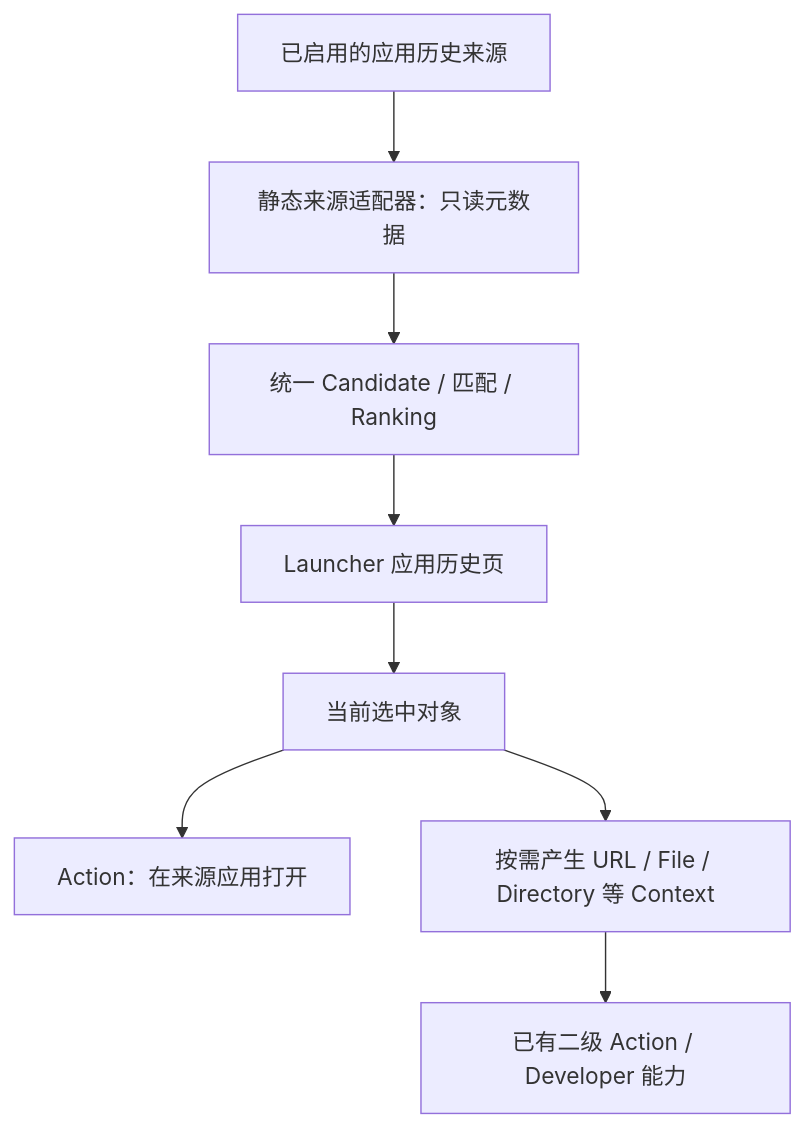
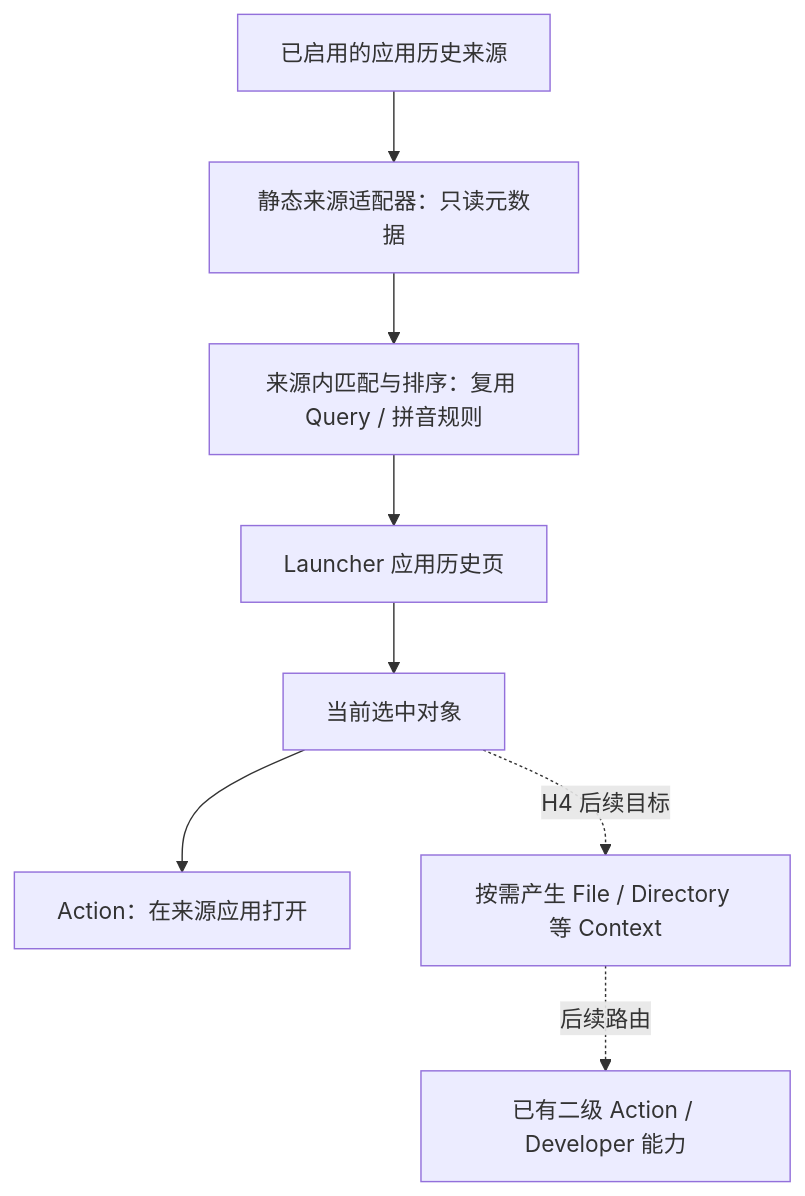
Before and after one commit to FantasyDream/Anywhere: the diagram in docs/application-history.md, drawn with Mermaid. The commit also changed other lines of this file and 35 other files, not shown here.

````diff
--- a/docs/application-history.md
+++ b/docs/application-history.md
@@ -37,10 +39,10 @@
 ```mermaid
 flowchart TD
     Sources[已启用的应用历史来源] --> Adapters[静态来源适配器：只读元数据]
-    Adapters --> Search[统一 Candidate / 匹配 / Ranking]
+    Adapters --> Search[来源内匹配与排序：复用 Query / 拼音规则]
     Search --> Page[Launcher 应用历史页]
     Page --> Selected[当前选中对象]
     Selected --> Open[Action：在来源应用打开]
-    Selected --> Context[按需产生 URL / File / Directory 等 Context]
-    Context --> Actions[已有二级 Action / Developer 能力]
+    Selected -. H4 后续目标 .-> Context[按需产生 File / Directory 等 Context]
+    Context -. 后续路由 .-> Actions[已有二级 Action / Developer 能力]
 ```
````
